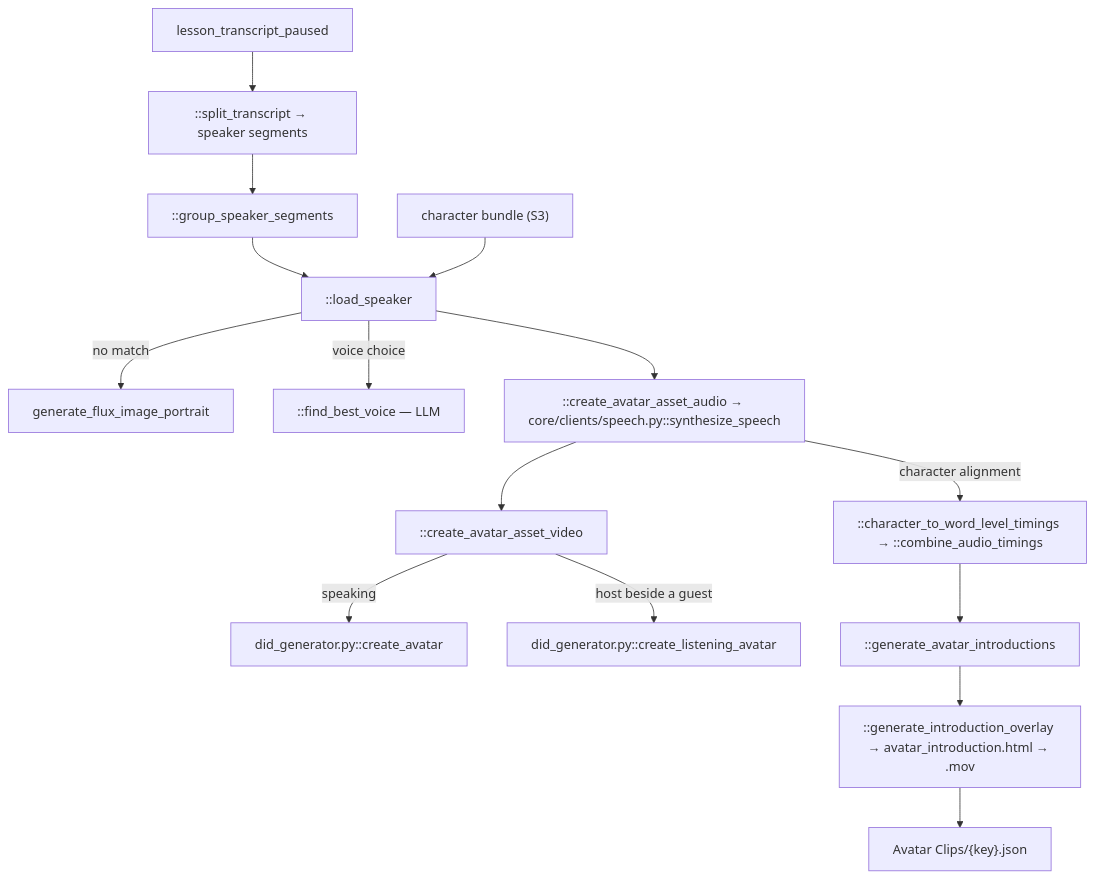
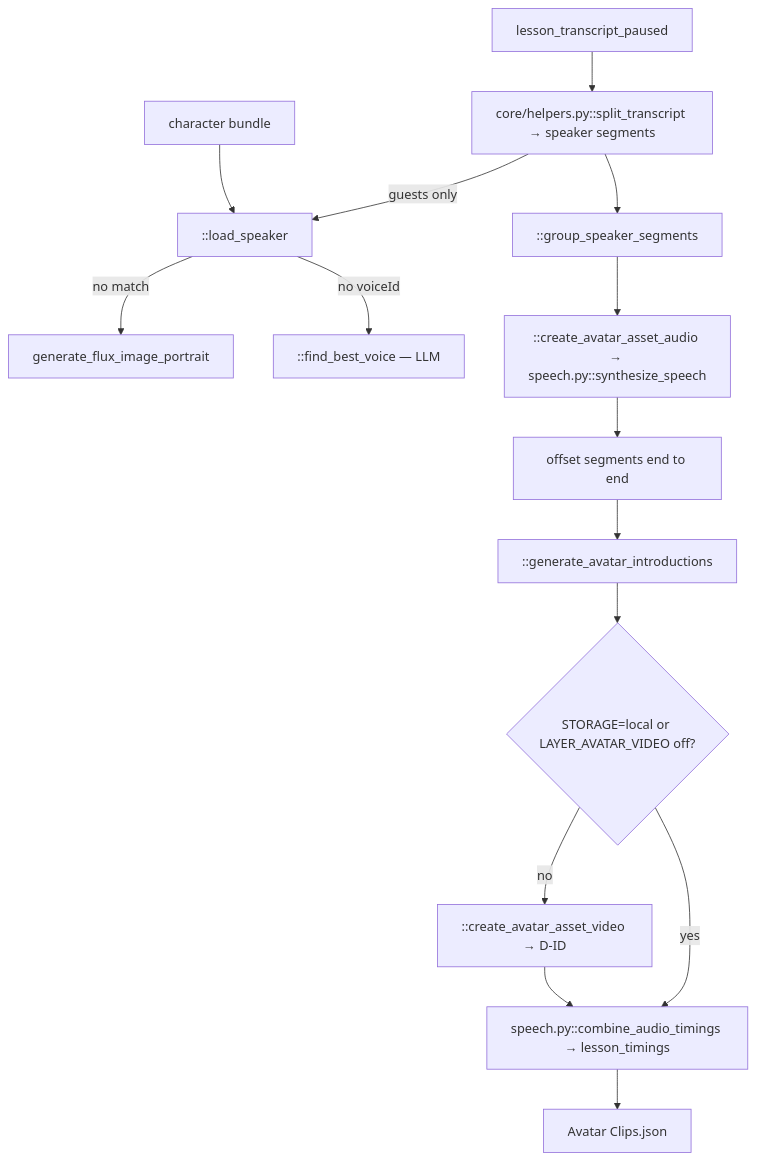
The diagram in generation/docs/architecture/05-avatar-clips.md (BekhruzT/Stele), drawn with Mermaid before and after one commit. The commit also changed other lines of this file and 18 other files, not shown here.

````diff
--- a/generation/docs/architecture/05-avatar-clips.md
+++ b/generation/docs/architecture/05-avatar-clips.md
@@ -48,17 +46,17 @@
 ```mermaid
 flowchart TD
-  TR["lesson_transcript_paused"] --> Split["::split_transcript → speaker segments"]
+  TR["lesson_transcript_paused"] --> Split["core/helpers.py::split_transcript → speaker segments"]
+  Split -->|"guests only"| Load["::load_speaker"]
+  Bundle["character bundle"] --> Load
+  Load -->|"no match"| Flux["generate_flux_image_portrait"]
+  Load -->|"no voiceId"| Voice["::find_best_voice — LLM"]
   Split --> Group["::group_speaker_segments"]
-  Group --> Load["::load_speaker"]
-  Bundle["character bundle (S3)"] --> Load
-  Load -->|"no match"| Flux["generate_flux_image_portrait"]
-  Load -->|"voice choice"| Voice["::find_best_voice — LLM"]
-  Load --> Audio["::create_avatar_asset_audio → core/clients/speech.py::synthesize_speech"]
-  Audio -->|"character alignment"| Timings["::character_to_word_level_timings → ::combine_audio_timings"]
-  Audio --> Video["::create_avatar_asset_video"]
-  Video -->|"speaking"| DID["did_generator.py::create_avatar"]
-  Video -->|"host beside a guest"| Listen["did_generator.py::create_listening_avatar"]
-  Timings --> Intros["::generate_avatar_introductions"]
-  Intros --> Overlay["::generate_introduction_overlay → avatar_introduction.html → .mov"]
-  Overlay --> Out["Avatar Clips/{key}.json"]
+  Group --> Audio["::create_avatar_asset_audio → speech.py::synthesize_speech"]
+  Audio --> Offset["offset segments end to end"]
+  Offset --> Intros["::generate_avatar_introductions"]
+  Intros --> Video{"STORAGE=local or LAYER_AVATAR_VIDEO off?"}
+  Video -->|"no"| DID["::create_avatar_asset_video → D-ID"]
+  Video -->|"yes"| Timings
+  DID --> Timings["speech.py::combine_audio_timings → lesson_timings"]
+  Timings --> Out["Avatar Clips.json"]
 ```
````
